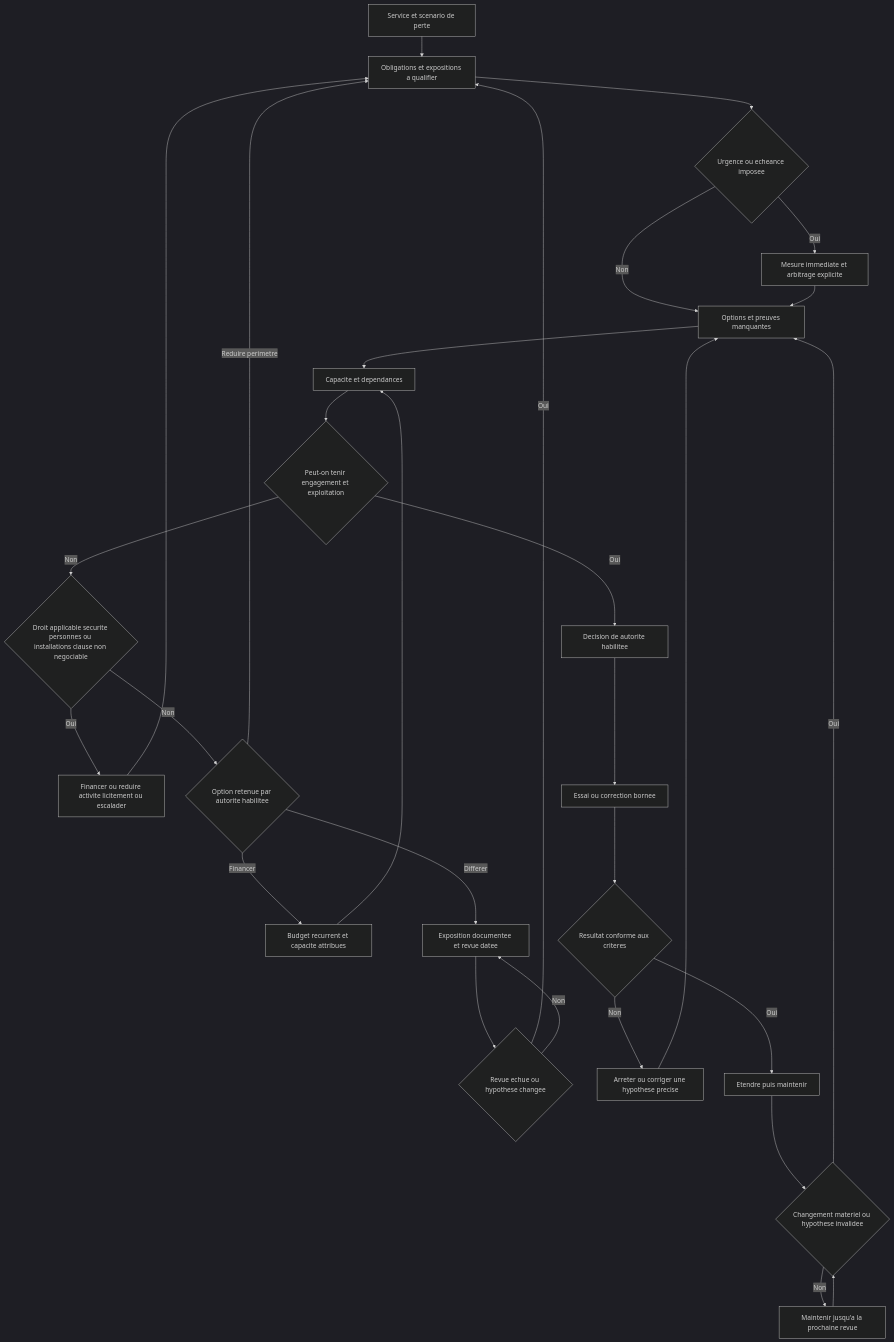
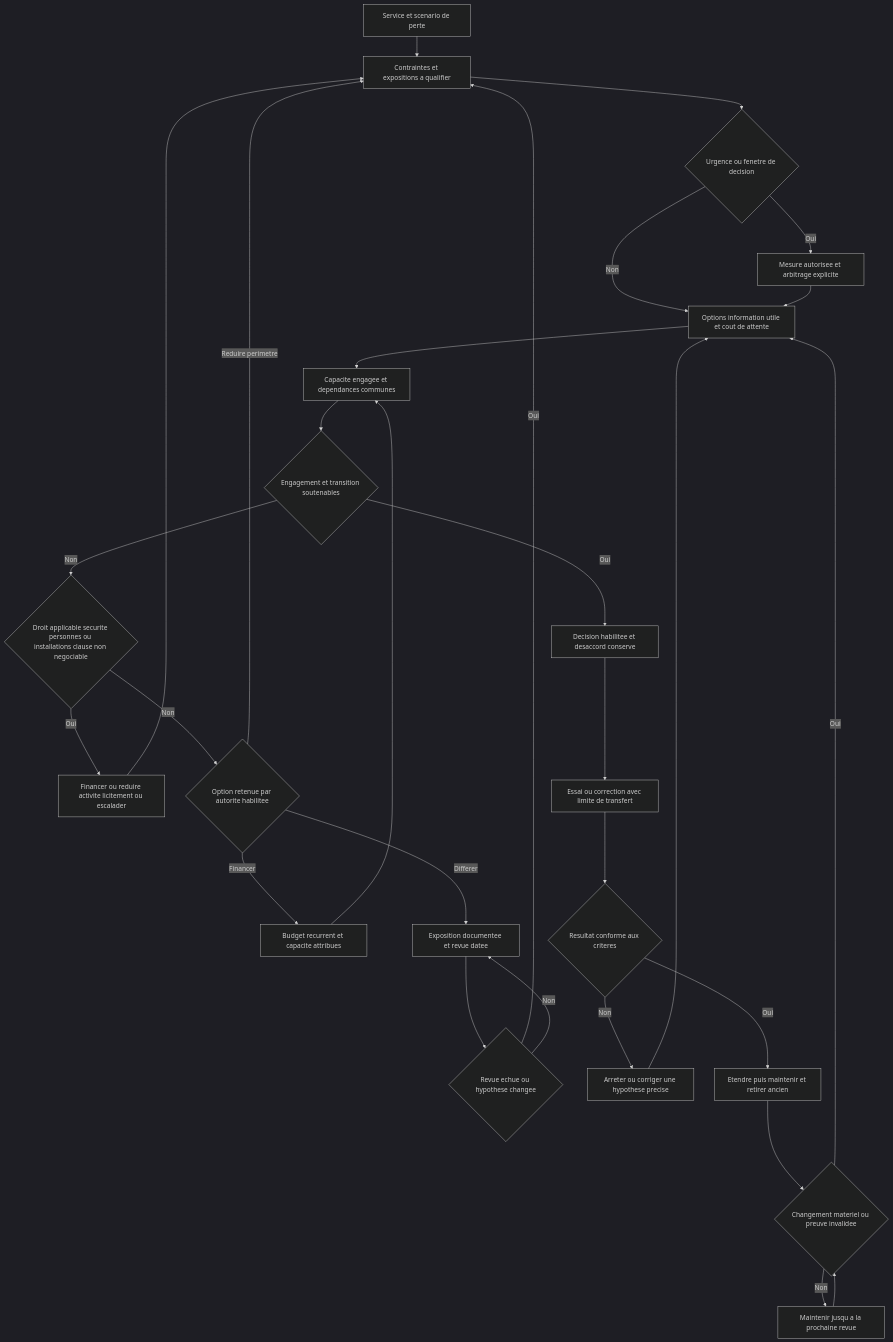
One commit to oussamanaffati/SP_Security_book changed the second of 2 diagrams in books/ciso-fr/mind-map.md. Above: the diagram before and after it, drawn with Mermaid (dark theme). The commit also changed other lines of this file and 23 other files, not shown here.

````diff
--- a/books/ciso-fr/mind-map.md
+++ b/books/ciso-fr/mind-map.md
@@ -58,31 +65,31 @@
 ```mermaid
 flowchart TD
-    S[Service et scenario de perte] --> Q[Obligations et expositions a qualifier]
-    Q --> U{Urgence ou echeance imposee}
-    U -->|Oui| M[Mesure immediate et arbitrage explicite]
-    U -->|Non| O[Options et preuves manquantes]
+    S[Service et scenario de perte] --> Q[Contraintes et expositions a qualifier]
+    Q --> U{Urgence ou fenetre de decision}
+    U -->|Oui| M[Mesure autorisee et arbitrage explicite]
+    U -->|Non| O[Options information utile et cout de attente]
     M --> O
-    O --> C[Capacite et dependances]
-    C --> G{Peut-on tenir engagement et exploitation}
+    O --> C[Capacite engagee et dependances communes]
+    C --> G{Engagement et transition soutenables}
     G -->|Non| L{Droit applicable securite personnes ou installations clause non negociable}
     L -->|Oui| H[Financer ou reduire activite licitement ou escalader]
     H --> Q
     L -->|Non| R{Option retenue par autorite habilitee}
     R -->|Financer| CAP[Budget recurrent et capacite attribues]
     CAP --> C
     R -->|Reduire perimetre| Q
     R -->|Differer| D[Exposition documentee et revue datee]
     D --> REV{Revue echue ou hypothese changee}
     REV -->|Oui| Q
     REV -->|Non| D
-    G -->|Oui| DEC[Decision de autorite habilitee]
-    DEC --> T[Essai ou correction bornee]
+    G -->|Oui| DEC[Decision habilitee et desaccord conserve]
+    DEC --> T[Essai ou correction avec limite de transfert]
     T --> P{Resultat conforme aux criteres}
     P -->|Non| A[Arreter ou corriger une hypothese precise]
     A --> O
-    P -->|Oui| E[Etendre puis maintenir]
-    E --> V{Changement materiel ou hypothese invalidee}
+    P -->|Oui| E[Etendre puis maintenir et retirer ancien]
+    E --> V{Changement materiel ou preuve invalidee}
     V -->|Oui| O
-    V -->|Non| N[Maintenir jusqu'a la prochaine revue]
+    V -->|Non| N[Maintenir jusqu a la prochaine revue]
     N --> V
 ```
````
